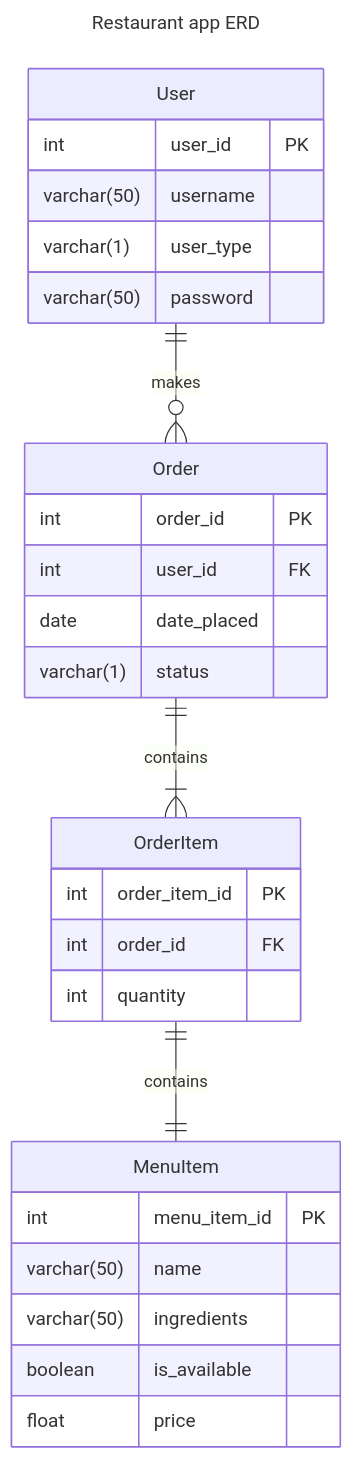
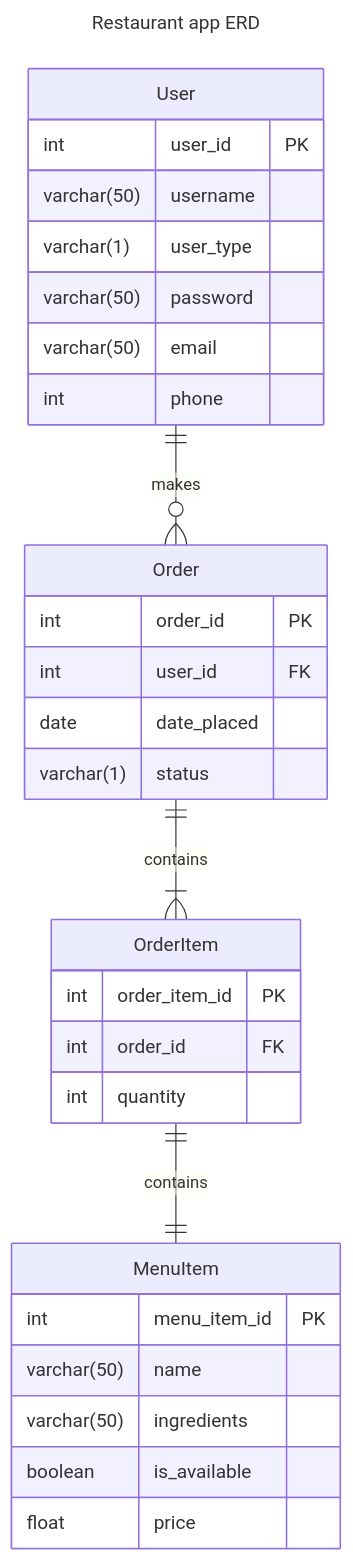
Before and after one commit to malekbadarin/Capstone-Project: the diagram in README.md, drawn with Mermaid.

Commit message:
Update README.md
Add email and phone attributes to User entity.

````````diff
--- a/README.md
+++ b/README.md
@@ -13,33 +13,35 @@
 ```mermaid
 ---
 title: Restaurant app ERD
 ---
 erDiagram
     User {
        int user_id PK
        varchar(50) username
        varchar(1) user_type
        varchar(50) password
+       varchar(50) email
+       int phone
     }
     Order {
        int order_id PK
        int user_id FK
        date date_placed
        varchar(1) status
     }
     MenuItem {
        int menu_item_id PK
        varchar(50) name
        varchar(50) ingredients
        boolean is_available
        float price
     }
     OrderItem {
        int order_item_id PK
        int order_id FK
        int quantity
     }
     User ||--o{ Order : makes
     Order ||--|{ OrderItem : contains
     OrderItem ||--|| MenuItem : contains
 ```````
````````
